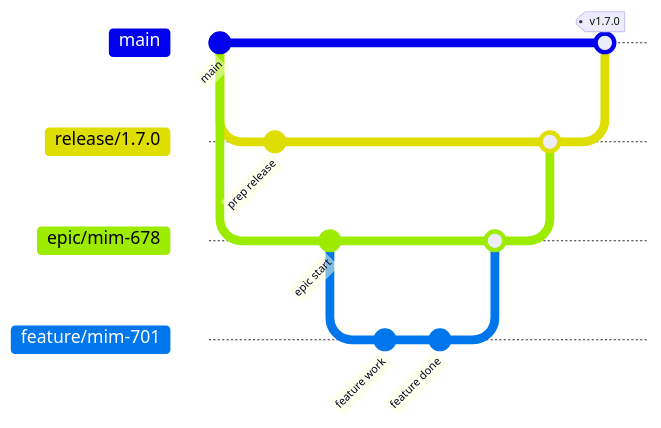
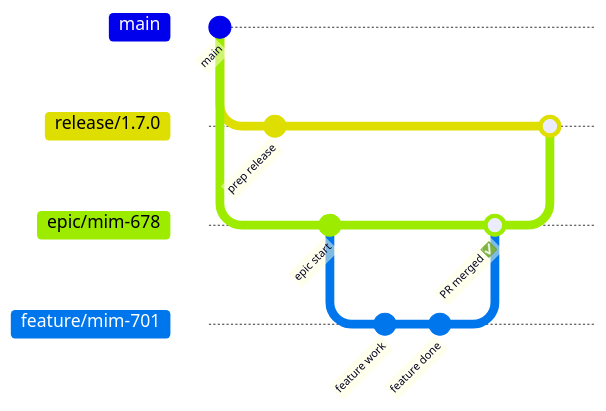
The second of 4 diagrams in CONTRIBUTING.md (Bostads-AB-Mimer/onecore), drawn with Mermaid before and after one commit. The commit also changed other lines of this file, not shown here.

Commit message:
Added mermaid visualizations for example cases and a TOC

````diff
--- a/CONTRIBUTING.md
+++ b/CONTRIBUTING.md
@@ -85,18 +133,17 @@
 ```mermaid
 gitGraph
   commit id: "main"
   branch release/1.7.0
   commit id: "prep release"
   checkout main
   branch epic/mim-678
   commit id: "epic start"
   branch feature/mim-701
   commit id: "feature work"
   commit id: "feature done"
   checkout epic/mim-678
-  merge feature/mim-701
+  merge feature/mim-701 id: "PR merged ✅"
+
   checkout release/1.7.0
   merge epic/mim-678
-  checkout main
-  merge release/1.7.0 tag: "v1.7.0"
 ```
````
